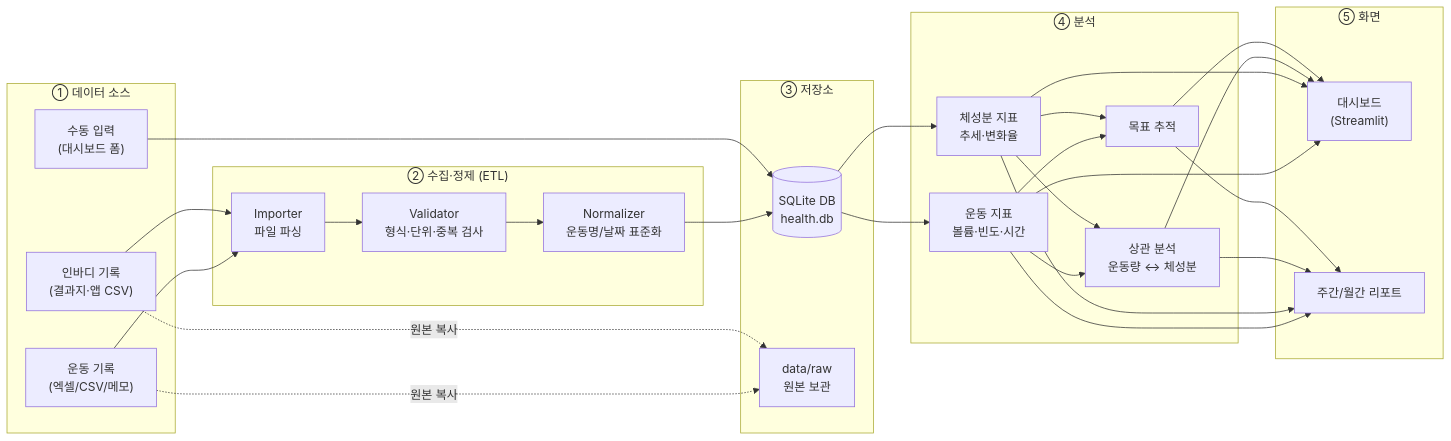
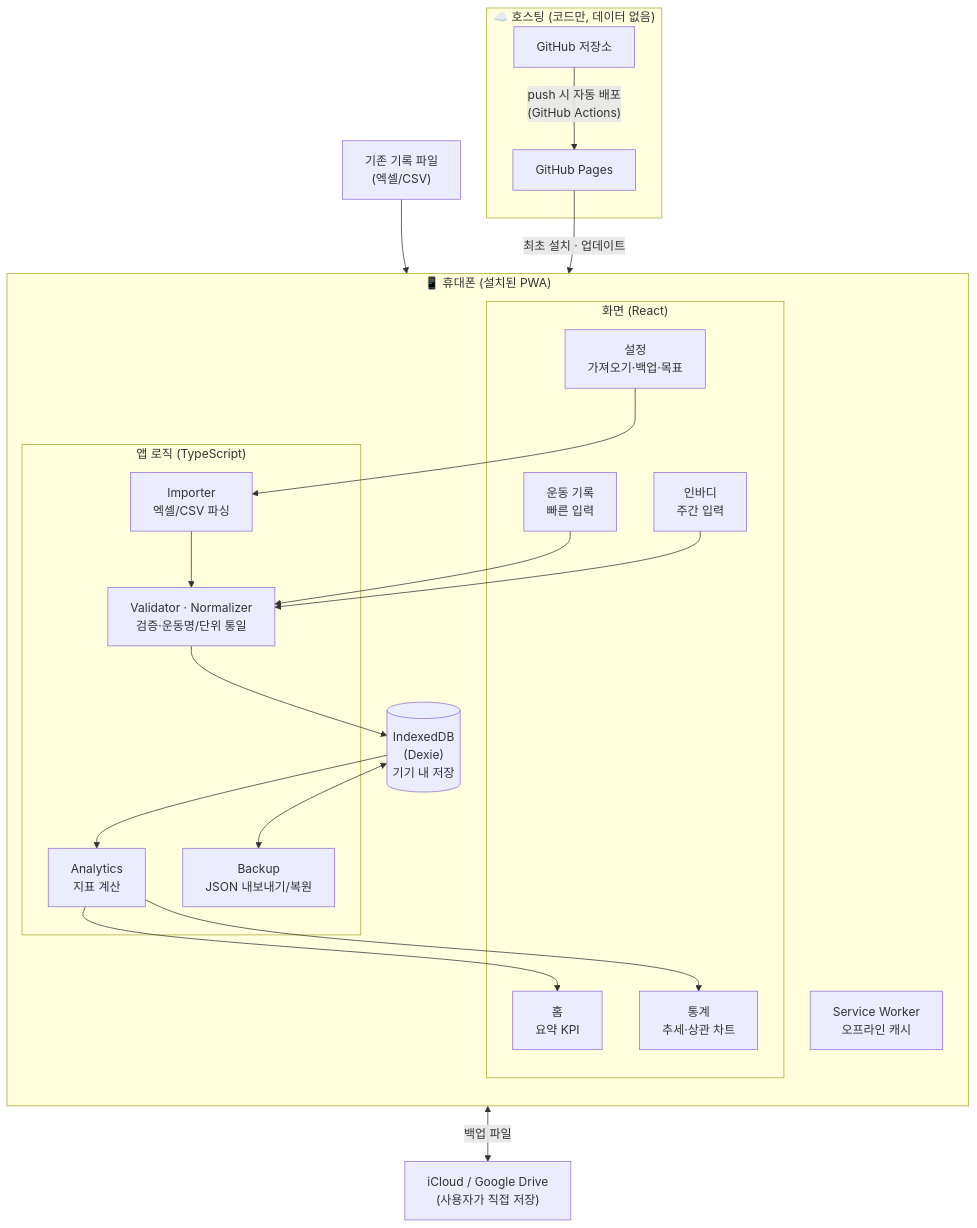
One commit to y2j1004-run/003.workout_mgmt changed the first of 5 diagrams in docs/ARCHITECTURE.md. Above: the diagram before and after it, drawn with Mermaid. The commit also changed other lines of this file and 1 other file, not shown here.

First line of the commit message:
Revise architecture to installable mobile PWA

````diff
--- a/docs/ARCHITECTURE.md
+++ b/docs/ARCHITECTURE.md
@@ -21,43 +34,35 @@
 ```mermaid
-flowchart LR
-    subgraph SRC["① 데이터 소스"]
-        A1["운동 기록<br/>(엑셀/CSV/메모)"]
-        A2["인바디 기록<br/>(결과지·앱 CSV)"]
-        A3["수동 입력<br/>(대시보드 폼)"]
+flowchart TB
+    subgraph PHONE["📱 휴대폰 (설치된 PWA)"]
+        direction TB
+        subgraph UI["화면 (React)"]
+            U1["홈<br/>요약 KPI"]
+            U2["운동 기록<br/>빠른 입력"]
+            U3["인바디<br/>주간 입력"]
+            U4["통계<br/>추세·상관 차트"]
+            U5["설정<br/>가져오기·백업·목표"]
+        end
+
+        subgraph CORE["앱 로직 (TypeScript)"]
+            L1["Importer<br/>엑셀/CSV 파싱"]
+            L2["Validator · Normalizer<br/>검증·운동명/단위 통일"]
+            L3["Analytics<br/>지표 계산"]
+            L4["Backup<br/>JSON 내보내기/복원"]
+        end
+
+        DB[("IndexedDB<br/>(Dexie)<br/>기기 내 저장")]
+        SW["Service Worker<br/>오프라인 캐시"]
     end
 
-    subgraph ING["② 수집·정제 (ETL)"]
-        B1["Importer<br/>파일 파싱"]
-        B2["Validator<br/>형식·단위·중복 검사"]
-        B3["Normalizer<br/>운동명/날짜 표준화"]
+    subgraph HOST["☁️ 호스팅 (코드만, 데이터 없음)"]
+        GH["GitHub 저장소"] -->|"push 시 자동 배포<br/>(GitHub Actions)"| PG["GitHub Pages"]
     end
 
-    subgraph STORE["③ 저장소"]
-        C1[("SQLite DB<br/>health.db")]
-        C2["data/raw<br/>원본 보관"]
-    end
-
-    subgraph ANA["④ 분석"]
-        D1["운동 지표<br/>볼륨·빈도·시간"]
-        D2["체성분 지표<br/>추세·변화율"]
-        D3["상관 분석<br/>운동량 ↔ 체성분"]
-        D4["목표 추적"]
-    end
-
-    subgraph UI["⑤ 화면"]
-        E1["대시보드<br/>(Streamlit)"]
-        E2["주간/월간 리포트"]
-    end
-
-    A1 --> B1
-    A2 --> B1
-    A1 -. 원본 복사 .-> C2
-    A2 -. 원본 복사 .-> C2
-    B1 --> B2 --> B3 --> C1
-    A3 --> C1
-    C1 --> D1 & D2
-    D1 & D2 --> D3
-    D1 & D2 --> D4
-    D1 & D2 & D3 & D4 --> E1
-    D1 & D2 & D3 & D4 --> E2
+    FILES["기존 기록 파일<br/>(엑셀/CSV)"] --> U5
+    U5 --> L1 --> L2 --> DB
+    U2 & U3 --> L2
+    DB --> L3 --> U1 & U4
+    DB <--> L4
+    L4 <-->|"백업 파일"| CLOUD["iCloud / Google Drive<br/>(사용자가 직접 저장)"]
+    PG -->|"최초 설치 · 업데이트"| SW
 ```
````
